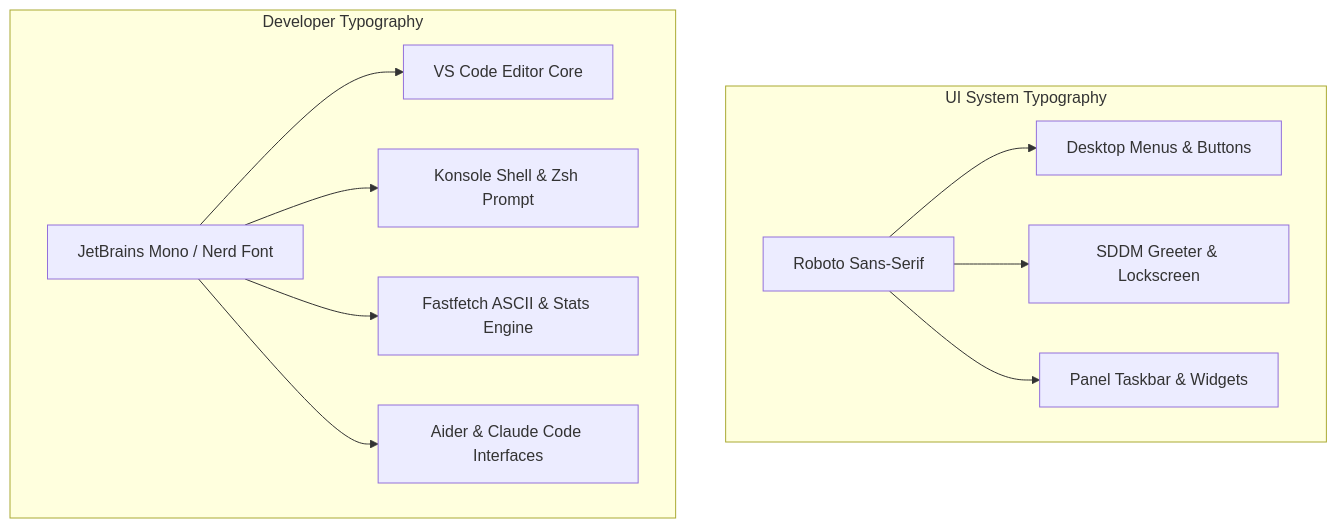
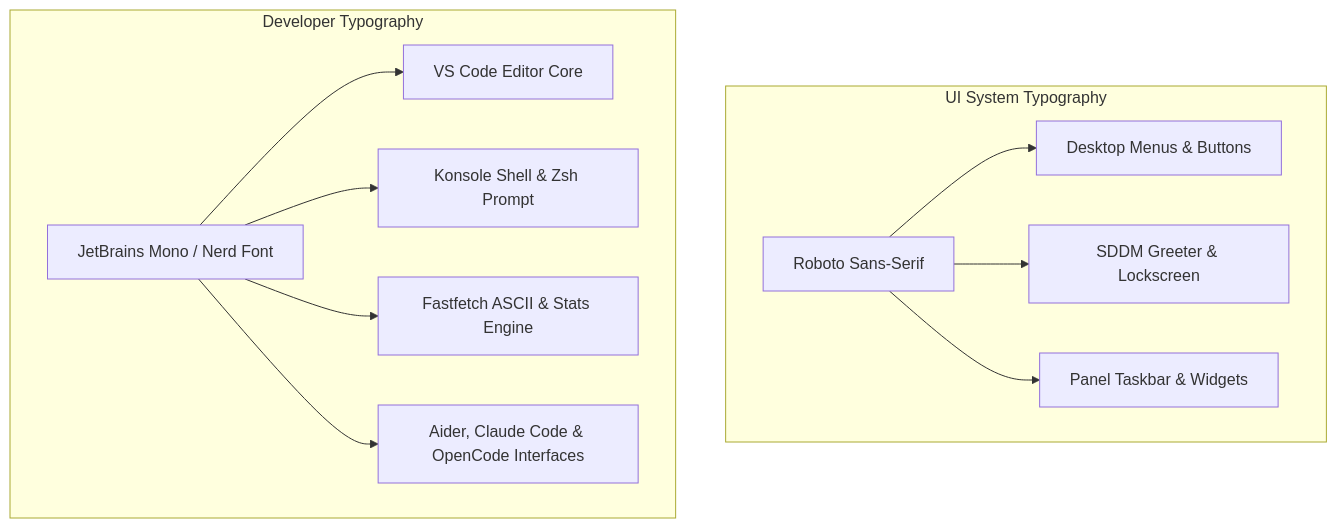
One commit to Aak4shz/Umbrella-Corporation_OS changed the third of 6 diagrams in DESIGN.md. Above: the diagram before and after it, drawn with Mermaid. The commit also changed other lines of this file, not shown here.

Commit message:
docs DESIGN :Update add OpenCode AI coding terminal to design documentation

````diff
--- a/DESIGN.md
+++ b/DESIGN.md
@@ -224,15 +224,15 @@
 ```mermaid
 flowchart TD
     subgraph UI System Typography
         R1[Roboto Sans-Serif] --> UI_APP[Desktop Menus & Buttons]
         R1 --> UI_SDDM[SDDM Greeter & Lockscreen]
         R1 --> UI_PANEL[Panel Taskbar & Widgets]
     end
 
     subgraph Developer Typography
         J1[JetBrains Mono / Nerd Font] --> CODE_ED[VS Code Editor Core]
         J1 --> TERM_SH[Konsole Shell & Zsh Prompt]
         J1 --> HUD_FF[Fastfetch ASCII & Stats Engine]
-        J1 --> AI_CLI[Aider & Claude Code Interfaces]
+        J1 --> AI_CLI[Aider, Claude Code & OpenCode Interfaces]
     end
 ```
````
